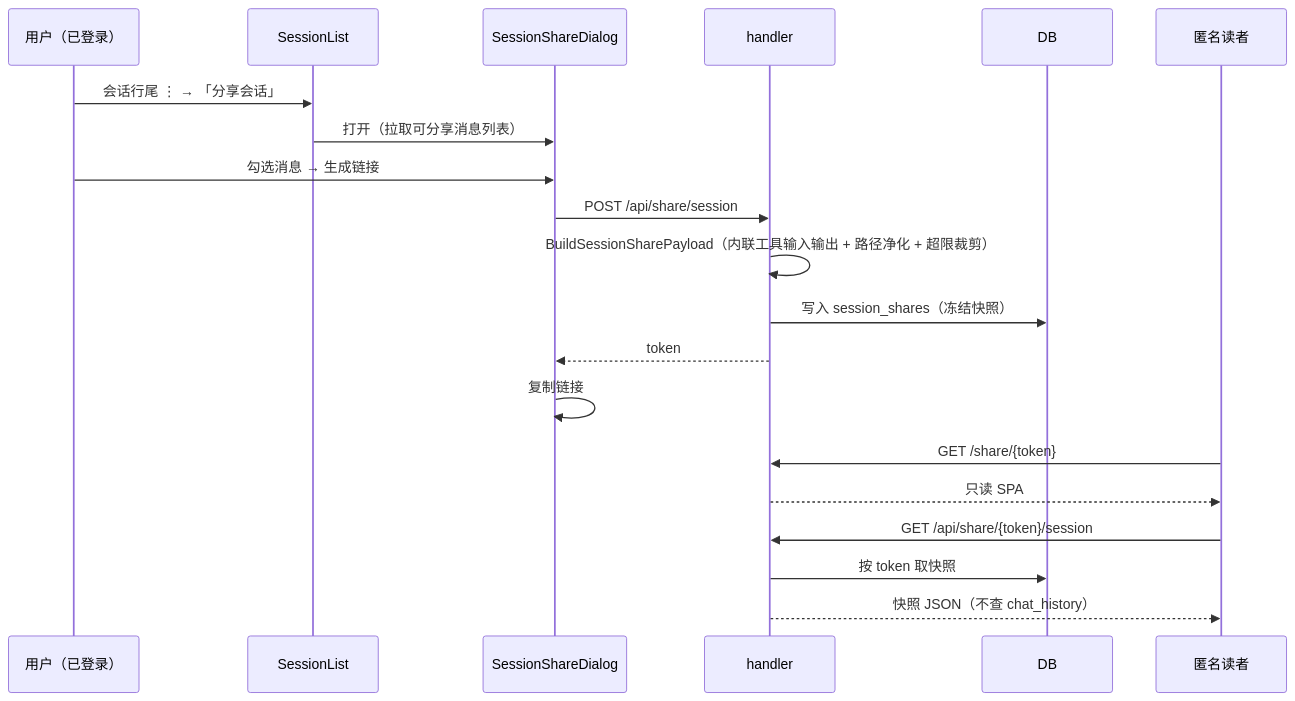
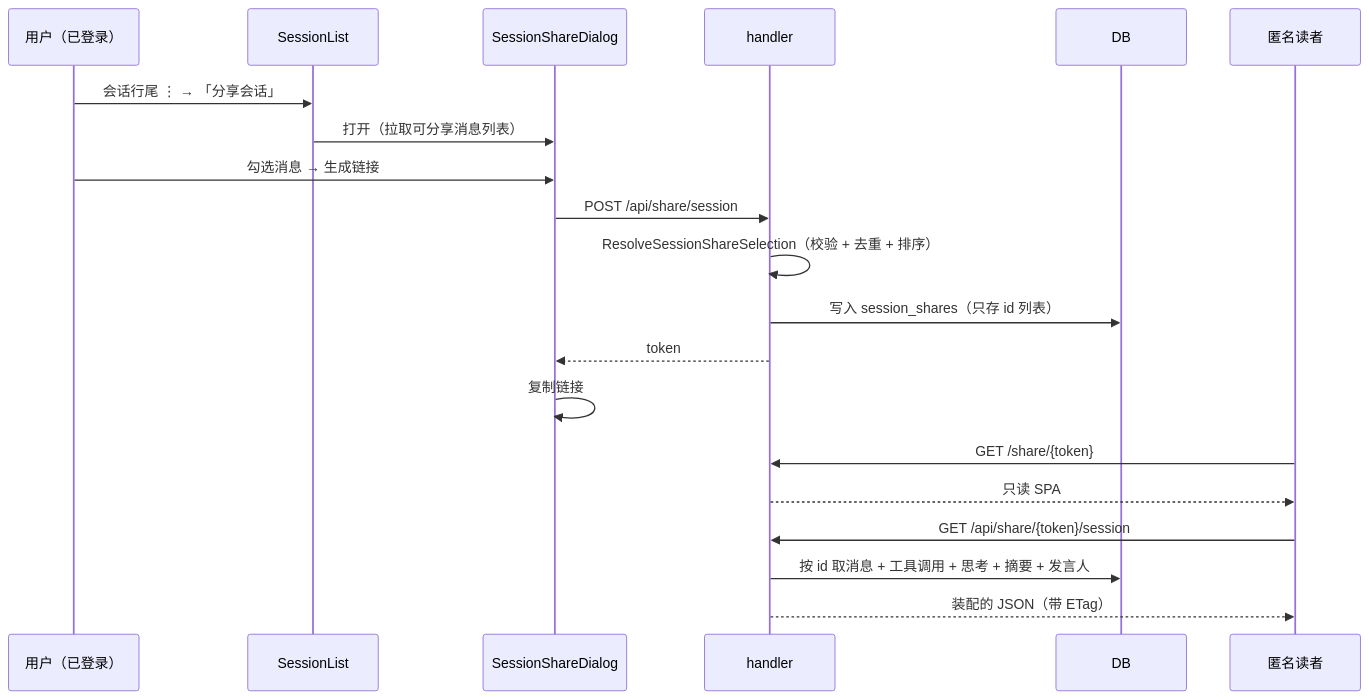
The first of 2 diagrams in docs/spec/features/session-share.md (clawbench-dev/clawbench), drawn with Mermaid before and after one commit. The commit also changed other lines of this file and 40 other files, not shown here.

````diff
--- a/docs/spec/features/session-share.md
+++ b/docs/spec/features/session-share.md
@@ -17,24 +26,24 @@
 ```mermaid
 sequenceDiagram
     participant 用户 as 用户（已登录）
     participant List as SessionList
     participant Dialog as SessionShareDialog
     participant handler
     participant DB
     participant 读者 as 匿名读者
 
     用户->>List: 会话行尾 ⋮ → 「分享会话」
     List->>Dialog: 打开（拉取可分享消息列表）
     用户->>Dialog: 勾选消息 → 生成链接
     Dialog->>handler: POST /api/share/session
-    handler->>handler: BuildSessionSharePayload（内联工具输入输出 + 路径净化 + 超限裁剪）
-    handler->>DB: 写入 session_shares（冻结快照）
+    handler->>handler: ResolveSessionShareSelection（校验 + 去重 + 排序）
+    handler->>DB: 写入 session_shares（只存 id 列表）
     handler-->>Dialog: token
     Dialog->>Dialog: 复制链接
 
     读者->>handler: GET /share/{token}
     handler-->>读者: 只读 SPA
     读者->>handler: GET /api/share/{token}/session
-    handler->>DB: 按 token 取快照
-    handler-->>读者: 快照 JSON（不查 chat_history）
+    handler->>DB: 按 id 取消息 + 工具调用 + 思考 + 摘要 + 发言人
+    handler-->>读者: 装配的 JSON（带 ETag）
 ```
````
